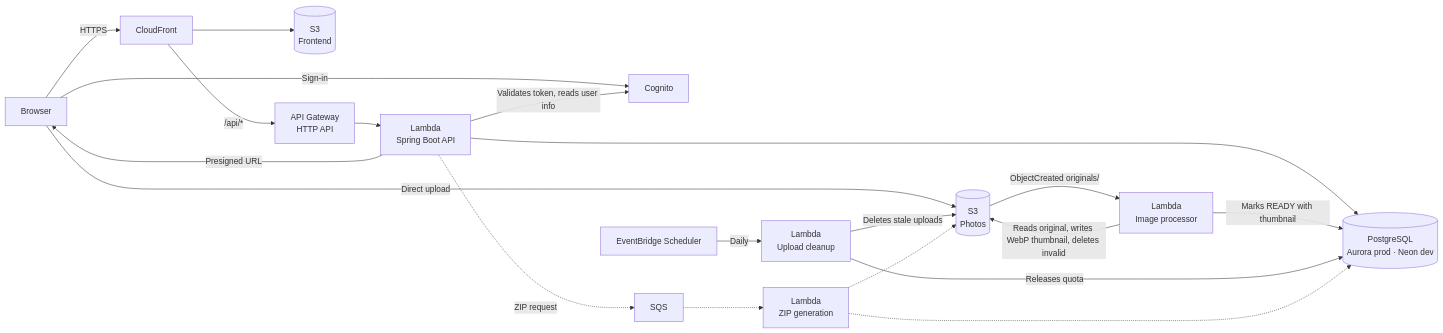
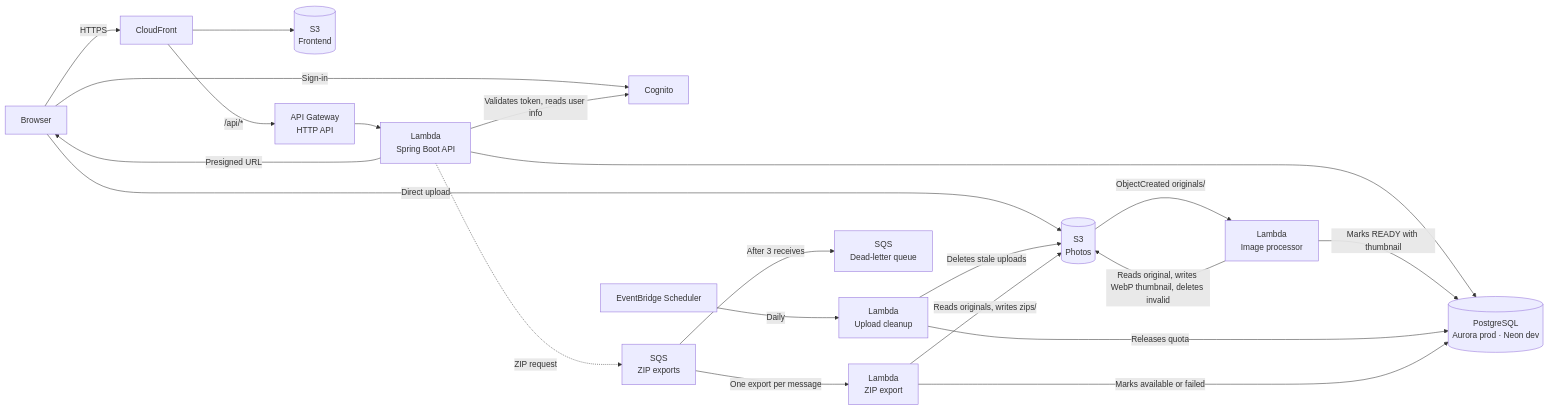
One commit to Eduard20CR/2026-pictures-pov-app changed the diagram in README.md. Above: the diagram before and after it, drawn with Mermaid. The commit also changed other lines of this file and 28 other files, not shown here.

````diff
--- a/README.md
+++ b/README.md
@@ -35,22 +35,23 @@
 ```mermaid
 flowchart LR
     U[Browser] -->|HTTPS| CF[CloudFront]
     CF --> WEB[(S3<br/>Frontend)]
     CF -->|/api/*| APIGW[API Gateway<br/>HTTP API]
     APIGW --> L[Lambda<br/>Spring Boot API]
     L --> DB[(PostgreSQL<br/>Aurora prod · Neon dev)]
     L -->|Presigned URL| U
     U -->|Direct upload| S3[(S3<br/>Photos)]
     U -->|Sign-in| COG[Cognito]
     L -->|Validates token, reads user info| COG
     S3 -->|ObjectCreated originals/| IP[Lambda<br/>Image processor]
     IP -->|Reads original, writes WebP thumbnail, deletes invalid| S3
     IP -->|Marks READY with thumbnail| DB
     SCH[EventBridge Scheduler] -->|Daily| UC[Lambda<br/>Upload cleanup]
     UC -->|Deletes stale uploads| S3
     UC -->|Releases quota| DB
-    L -.->|ZIP request| Q[SQS]
-    Q -.-> Z[Lambda<br/>ZIP generation]
-    Z -.-> S3
-    Z -.-> DB
+    L -.->|ZIP request| Q[SQS<br/>ZIP exports]
+    Q -->|One export per message| Z[Lambda<br/>ZIP export]
+    Q -->|After 3 receives| DLQ[SQS<br/>Dead-letter queue]
+    Z -->|Reads originals, writes zips/| S3
+    Z -->|Marks available or failed| DB
 ```
````
